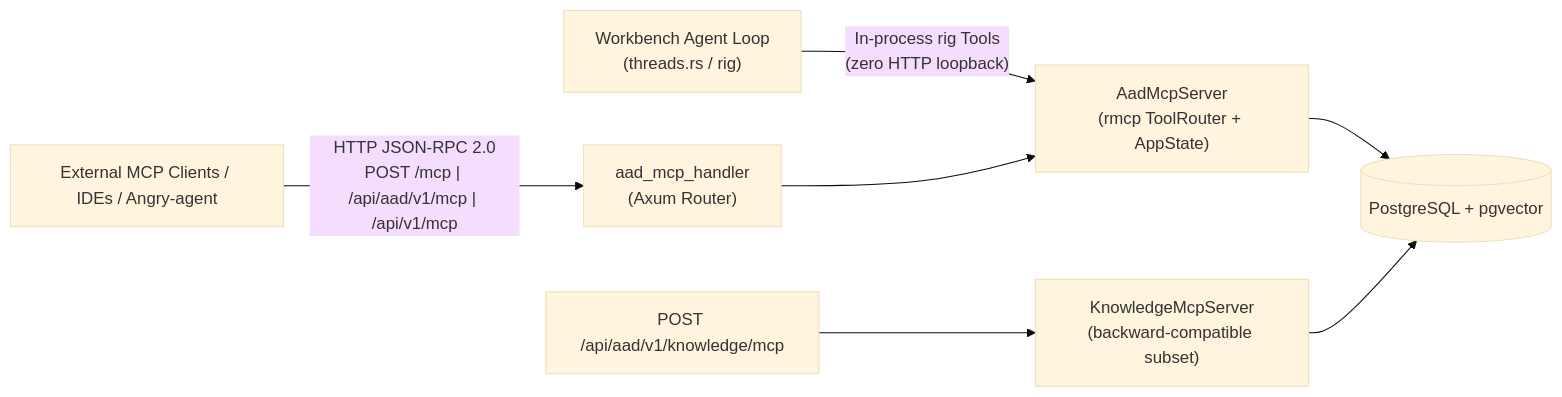
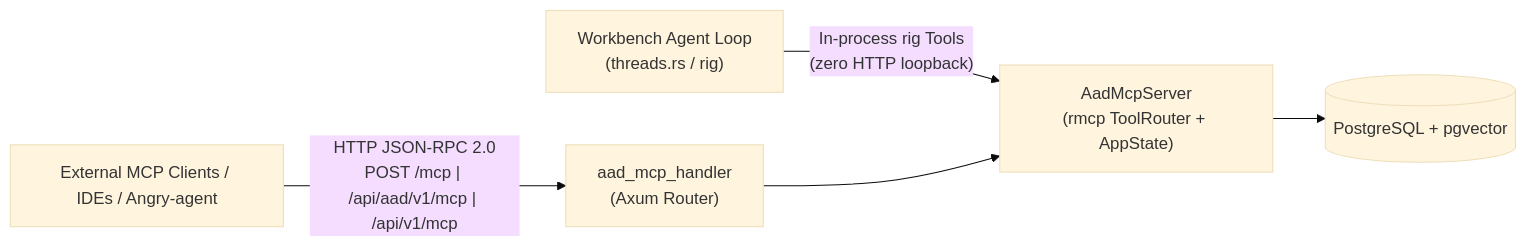
Before and after one commit to PolecatWorks/agent-as-data: the first of 3 diagrams in spec/prds/mcp-server-container-prd.md, drawn with Mermaid (base theme). The commit also changed other lines of this file and 14 other files, not shown here.

Commit message:
chore(mcp): deduplicate knowledge_mcp into unified AadMcpServer

````diff
--- a/spec/prds/mcp-server-container-prd.md
+++ b/spec/prds/mcp-server-container-prd.md
@@ -11,9 +11,7 @@
 ```mermaid
 flowchart LR
     Clients["External MCP Clients / IDEs / Angry-agent"] -->|"HTTP JSON-RPC 2.0\nPOST /mcp | /api/aad/v1/mcp | /api/v1/mcp"| McpHandler["aad_mcp_handler\n(Axum Router)"]
     Workbench["Workbench Agent Loop\n(threads.rs / rig)"] -->|"In-process rig Tools\n(zero HTTP loopback)"| AadMcp["AadMcpServer\n(rmcp ToolRouter + AppState)"]
     McpHandler --> AadMcp
-    LegacyKb["POST /api/aad/v1/knowledge/mcp"] --> KnowledgeMcp["KnowledgeMcpServer\n(backward-compatible subset)"]
     AadMcp --> PG[("PostgreSQL + pgvector")]
-    KnowledgeMcp --> PG
 ```
````
